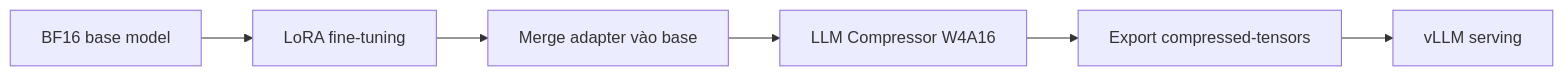
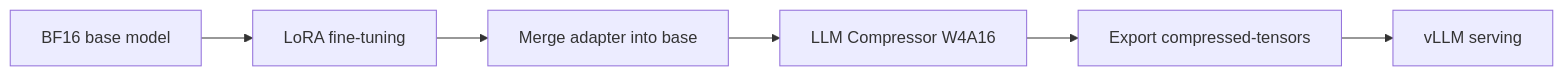
Before and after one commit to hidrochin/llm-optimization-lab: the third of 5 diagrams in README.md, drawn with Mermaid. The commit also changed other lines of this file and 1 other file, not shown here.

````diff
--- a/README.md
+++ b/README.md
@@ -646,4 +510,4 @@
 ```mermaid
 flowchart LR
-    A["BF16 base model"] --> B["LoRA fine-tuning"] --> C["Merge adapter vào base"] --> D["LLM Compressor W4A16"] --> E["Export compressed-tensors"] --> F["vLLM serving"]
+    A["BF16 base model"] --> B["LoRA fine-tuning"] --> C["Merge adapter into base"] --> D["LLM Compressor W4A16"] --> E["Export compressed-tensors"] --> F["vLLM serving"]
 ```
````
